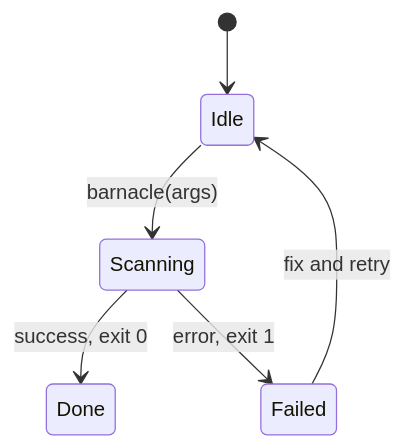
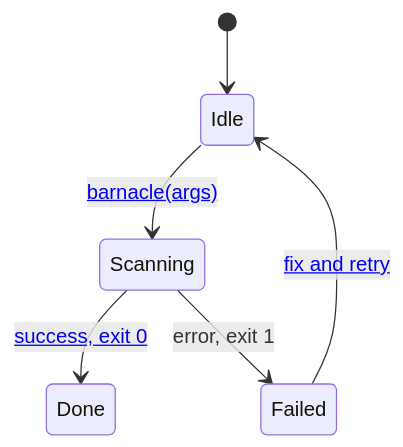
Before and after one commit to fordaj/barnacle: the second of 2 diagrams in cmd/barnacle/main.go.md, drawn with Mermaid. The commit also changed other lines of this file and 13 other files, not shown here.

````diff
--- a/cmd/barnacle/main.go.md
+++ b/cmd/barnacle/main.go.md
@@ -42,11 +42,8 @@
 ```mermaid
 stateDiagram-v2
     [*] --> Idle
-    Idle --> Scanning : barnacle(args)
-    Scanning --> Done : success, exit 0
+    Idle --> Scanning : <a href="#flags">barnacle(args)</a>
+    Scanning --> Done : <a href="../../internal/barnacle/site.go.md">success, exit 0</a>
     Scanning --> Failed : error, exit 1
-    Failed --> Idle : fix and retry
-    %% barnacle: link "barnacle(args)" href "#flags" "Jump to the flags table"
-    %% barnacle: link "success, exit 0" href "../../internal/barnacle/site.go.md" "How the output is assembled"
-    %% barnacle: link "fix and retry" href "#best-effort-diagram-note" "The note that lists pages without a diagram"
+    Failed --> Idle : <a href="#best-effort-diagram-note">fix and retry</a>
 ```
````
